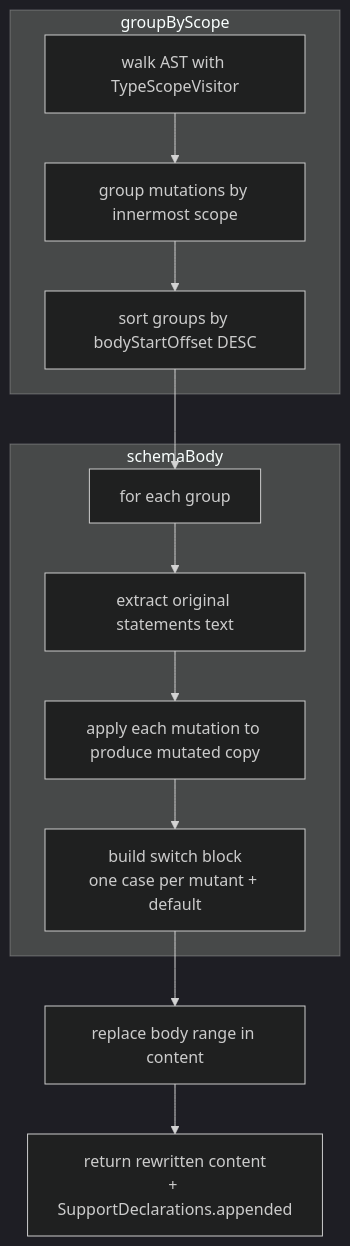
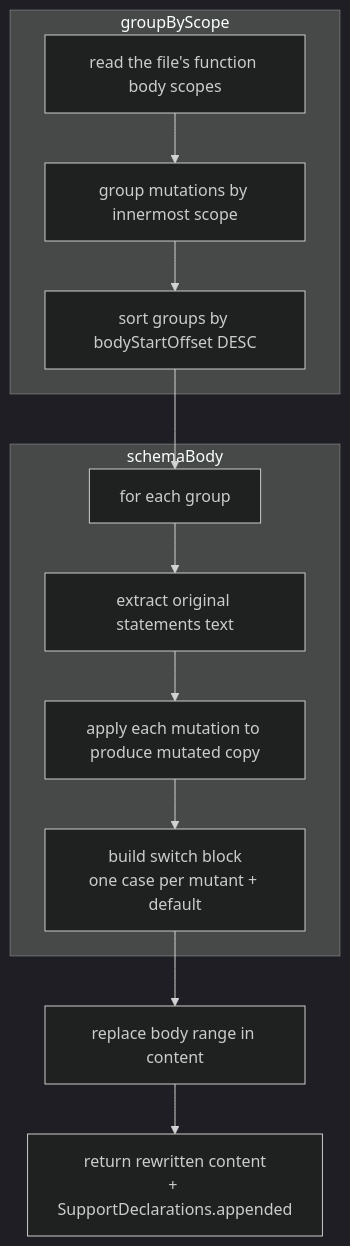
Before and after one commit to ericodx/swift-mutation-testing: the diagram in Docs/CodeBase/05-schematization.md, drawn with Mermaid (dark theme). The commit also changed other lines of this file and 2 other files, not shown here.

Commit message:
docs: say a parsed source carries its converter and function body scopes, built once

````diff
--- a/Docs/CodeBase/05-schematization.md
+++ b/Docs/CodeBase/05-schematization.md
@@ -31,15 +31,15 @@
 ```mermaid
 flowchart TD
     subgraph groupByScope
-        A[walk AST with TypeScopeVisitor] --> B[group mutations by innermost scope]
+        A[read the file's function body scopes] --> B[group mutations by innermost scope]
         B --> C[sort groups by bodyStartOffset DESC]
     end
     C --> D[for each group]
     subgraph schemaBody
         D --> E[extract original statements text]
         E --> F[apply each mutation to produce mutated copy]
         F --> G[build switch block\none case per mutant + default]
     end
     G --> H[replace body range in content]
     H --> I[return rewritten content\n+ SupportDeclarations.appended]
 ```
````
